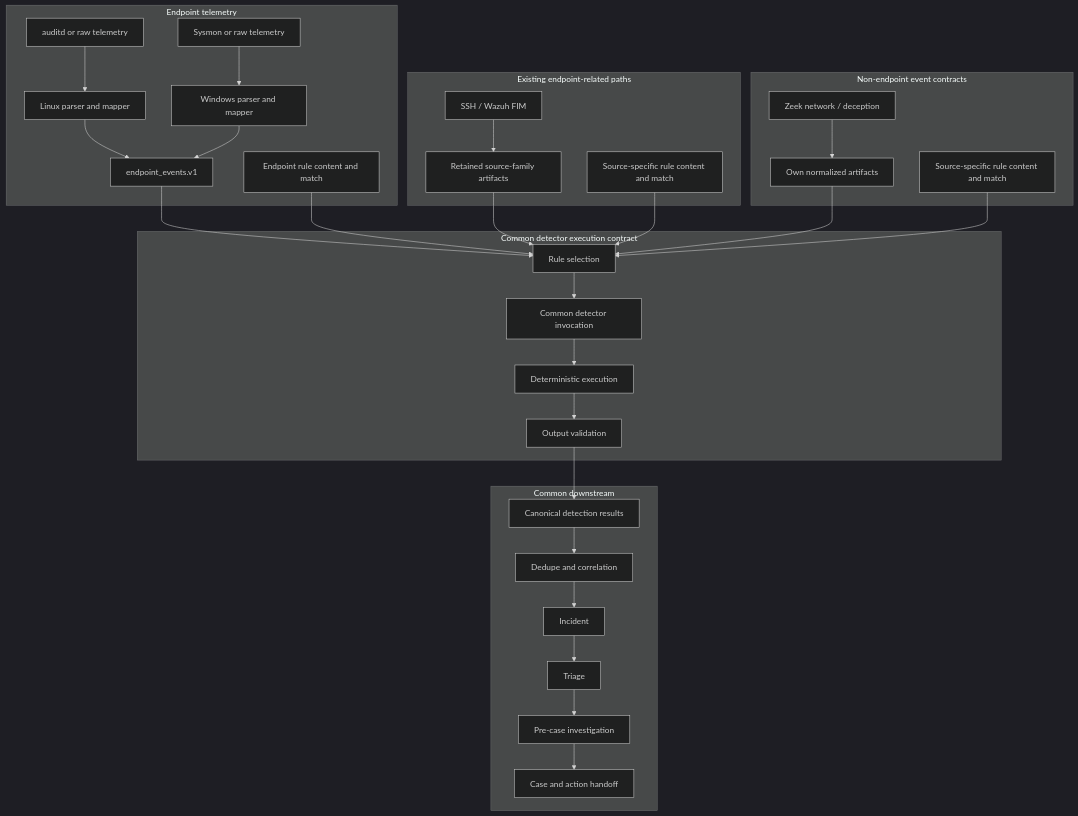
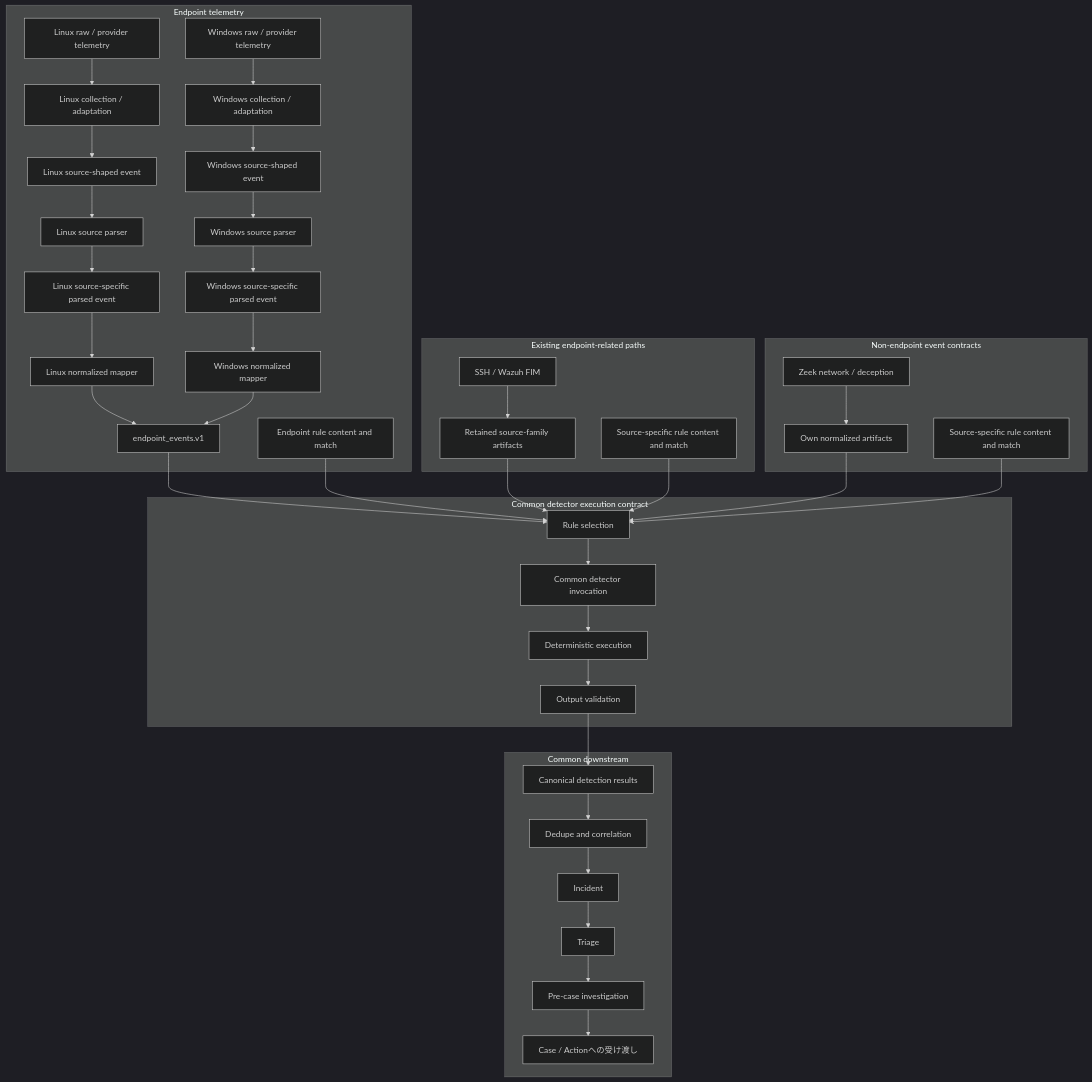
Before and after one commit to jpsuper/intelligent-soc-lab-portfolio: the third of 4 diagrams in docs/architecture/defender-event-processing-flow_ja.md, drawn with Mermaid (dark theme). The commit also changed other lines of this file and 1 other file, not shown here.

First line of the commit message:
docs: sync defender event processing flow (#7)

````diff
--- a/docs/architecture/defender-event-processing-flow_ja.md
+++ b/docs/architecture/defender-event-processing-flow_ja.md
@@ -323,60 +390,77 @@
 ```mermaid
 flowchart TD
     subgraph Endpoint[Endpoint telemetry]
-        LA[auditd or raw telemetry]
-        LP[Linux parser and mapper]
-        WA[Sysmon or raw telemetry]
-        WP[Windows parser and mapper]
+        LR[Linux raw / provider telemetry]
+        LA[Linux collection / adaptation]
+        LS[Linux source-shaped event]
+        LP[Linux source parser]
+        LSP[Linux source-specific parsed event]
+        LM[Linux normalized mapper]
+        WR[Windows raw / provider telemetry]
+        WA[Windows collection / adaptation]
+        WS[Windows source-shaped event]
+        WP[Windows source parser]
+        WSP[Windows source-specific parsed event]
+        WM[Windows normalized mapper]
         E[endpoint_events.v1]
         ER[Endpoint rule content and match]
 
-        LA --> LP
-        WA --> WP
-        LP --> E
-        WP --> E
+        LR --> LA
+        LA --> LS
+        LS --> LP
+        LP --> LSP
+        LSP --> LM
+        LM --> E
+
+        WR --> WA
+        WA --> WS
+        WS --> WP
+        WP --> WSP
+        WSP --> WM
+        WM --> E
     end
 
     subgraph Existing[Existing endpoint-related paths]
         ES[SSH / Wazuh FIM]
         EA[Retained source-family artifacts]
         EL[Source-specific rule content and match]
 
         ES --> EA
     end
 
     subgraph Other[Non-endpoint event contracts]
         OS[Zeek network / deception]
         OA[Own normalized artifacts]
         OL[Source-specific rule content and match]
 
         OS --> OA
     end
 
     subgraph Detector[Common detector execution contract]
         RS[Rule selection]
         DI[Common detector invocation]
         DE[Deterministic execution]
         OV[Output validation]
 
         RS --> DI
         DI --> DE
         DE --> OV
     end
 
     subgraph Common[Common downstream]
         R[Canonical detection results]
         R --> DC[Dedupe and correlation]
         DC --> I[Incident]
         I --> T[Triage]
         T --> V[Pre-case investigation]
-        V --> C[Case and action handoff]
+        V --> C[Case / Actionへの受け渡し]
     end
 
     E --> RS
     ER --> RS
     EA --> RS
     EL --> RS
     OA --> RS
     OL --> RS
     OV --> R
 ```
````
